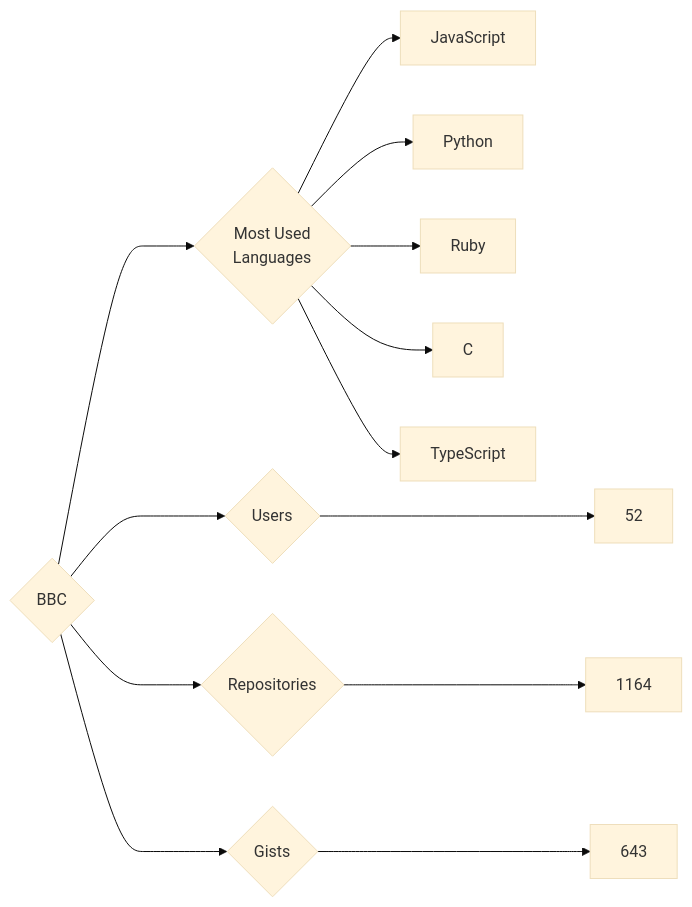
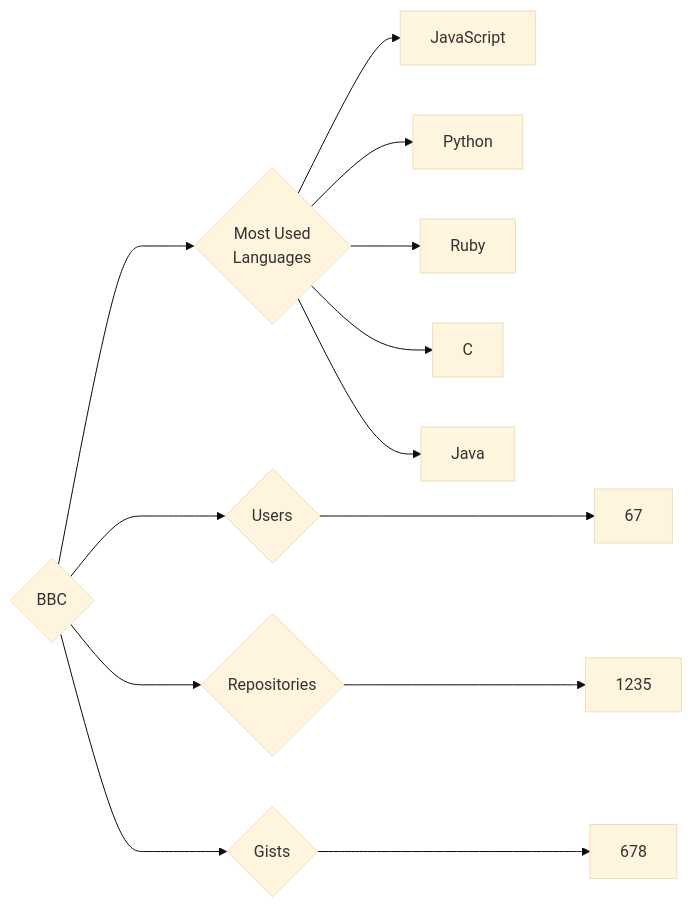
One commit to trickest/insiders changed the diagram in targets/BBC/README.md. Above: the diagram before and after it, drawn with Mermaid (base theme). The commit also changed 838 other files, not shown here.

````diff
--- a/targets/BBC/README.md
+++ b/targets/BBC/README.md
@@ -3,13 +3,13 @@
 ```mermaid
 graph LR
 COMPANY_NAME{BBC}
-COMPANY_NAME ---> U{Users} ---> UN[52]
-COMPANY_NAME ---> R{Repositories} ---> RN[1164]
-COMPANY_NAME ---> G{Gists} ---> GN[643]
+COMPANY_NAME ---> U{Users} ---> UN[67]
+COMPANY_NAME ---> R{Repositories} ---> RN[1235]
+COMPANY_NAME ---> G{Gists} ---> GN[678]
 COMPANY_NAME ---> ML{Most Used<br>Languages}
 ML --> JavaScript[JavaScript]
 ML --> Python[Python]
 ML --> Ruby[Ruby]
 ML --> C[C]
-ML --> TypeScript[TypeScript]
+ML --> Java[Java]
 ```
````
